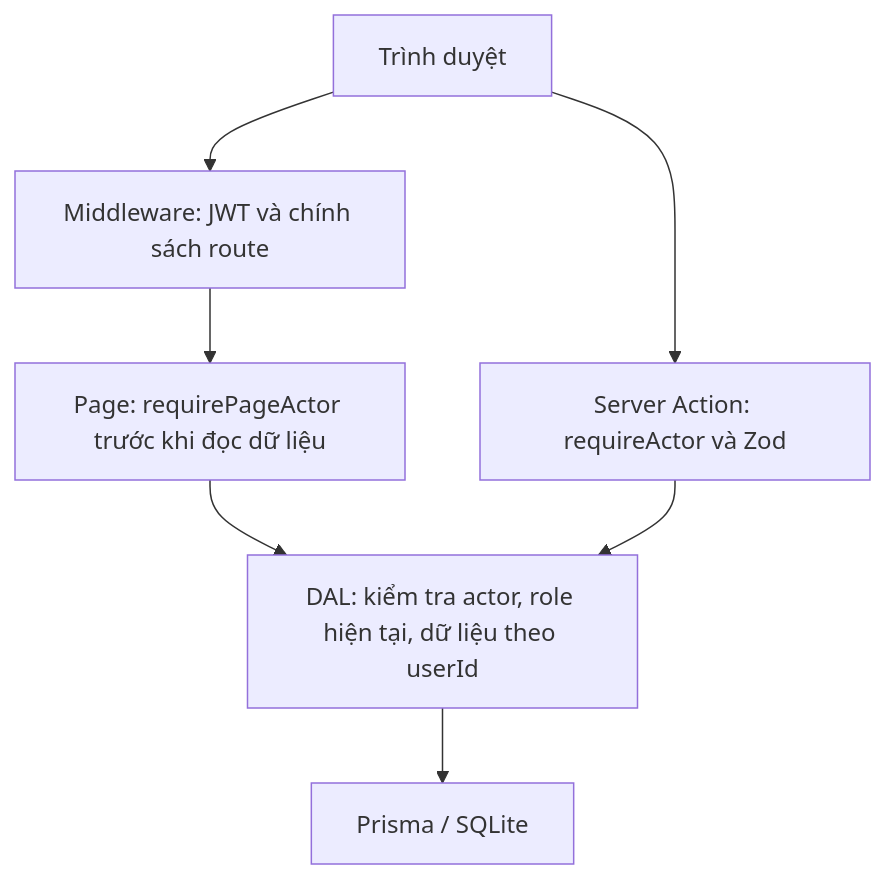
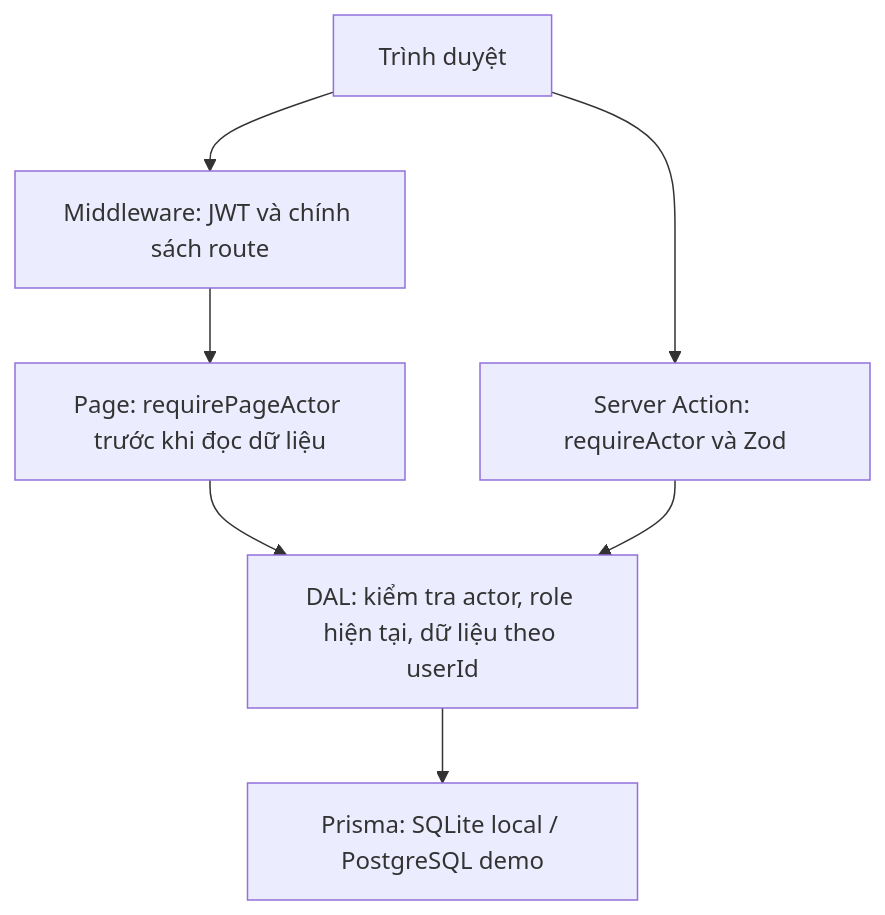
The diagram in Ex/Ex-07/REPORT_EX_07.md (Tunhoclaptrinh/WebNangCao), drawn with Mermaid before and after one commit. The commit also changed other lines of this file and 21 other files, not shown here.

````diff
--- a/Ex/Ex-07/REPORT_EX_07.md
+++ b/Ex/Ex-07/REPORT_EX_07.md
@@ -20,9 +20,9 @@
 ```mermaid
 flowchart TD
     B["Trình duyệt"] --> M["Middleware: JWT và chính sách route"]
     M --> P["Page: requirePageActor trước khi đọc dữ liệu"]
     P --> D["DAL: kiểm tra actor, role hiện tại, dữ liệu theo userId"]
     B --> A["Server Action: requireActor và Zod"]
     A --> D
-    D --> DB["Prisma / SQLite"]
+    D --> DB["Prisma: SQLite local / PostgreSQL demo"]
 ```
````
